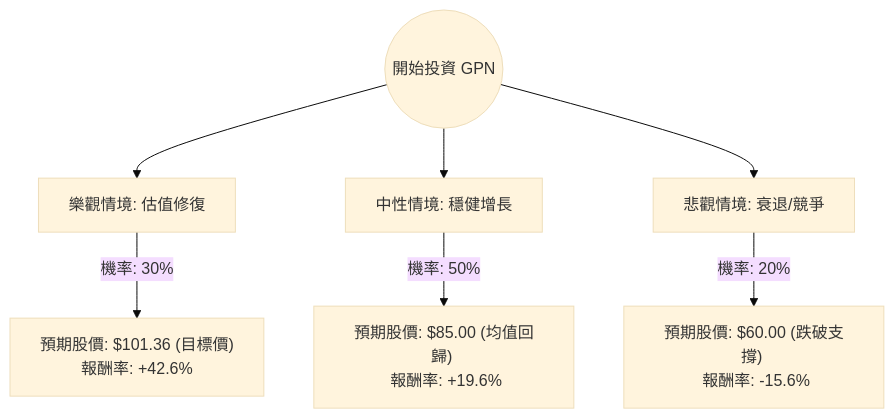
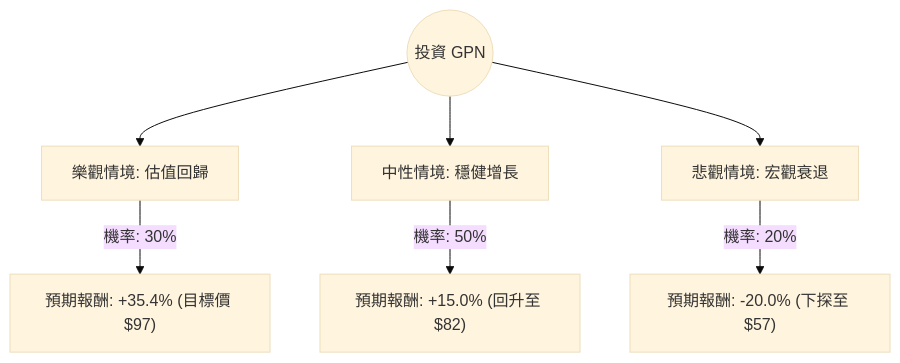
The diagram in plugin-react/ai-analysis/ev-analysis/GPN.md (zmcx16/zmcx16.github.io), drawn with Mermaid (base theme) before and after one commit. The commit also changed other lines of this file and 63 other files, not shown here.

````diff
--- a/plugin-react/ai-analysis/ev-analysis/GPN.md
+++ b/plugin-react/ai-analysis/ev-analysis/GPN.md
@@ -19,10 +20,10 @@
 ```mermaid
 graph TD
-    Start((開始投資 GPN)) --> Bull[樂觀情境: 估值修復]
+    Start((投資 GPN)) --> Bull[樂觀情境: 估值回歸]
     Start --> Base[中性情境: 穩健增長]
-    Start --> Bear[悲觀情境: 衰退/競爭]
+    Start --> Bear[悲觀情境: 宏觀衰退]
 
-    Bull -- "機率: 30%" --> BullVal["預期股價: $101.36 (目標價) <br> 報酬率: +42.6%"]
-    Base -- "機率: 50%" --> BaseVal["預期股價: $85.00 (均值回歸) <br> 報酬率: +19.6%"]
-    Bear -- "機率: 20%" --> BearVal["預期股價: $60.00 (跌破支撐) <br> 報酬率: -15.6%"]
+    Bull -- "機率: 30%" --> BullResult["預期報酬: +35.4% (目標價 $97)"]
+    Base -- "機率: 50%" --> BaseResult["預期報酬: +15.0% (回升至 $82)"]
+    Bear -- "機率: 20%" --> BearResult["預期報酬: -20.0% (下探至 $57)"]
 ```
````
